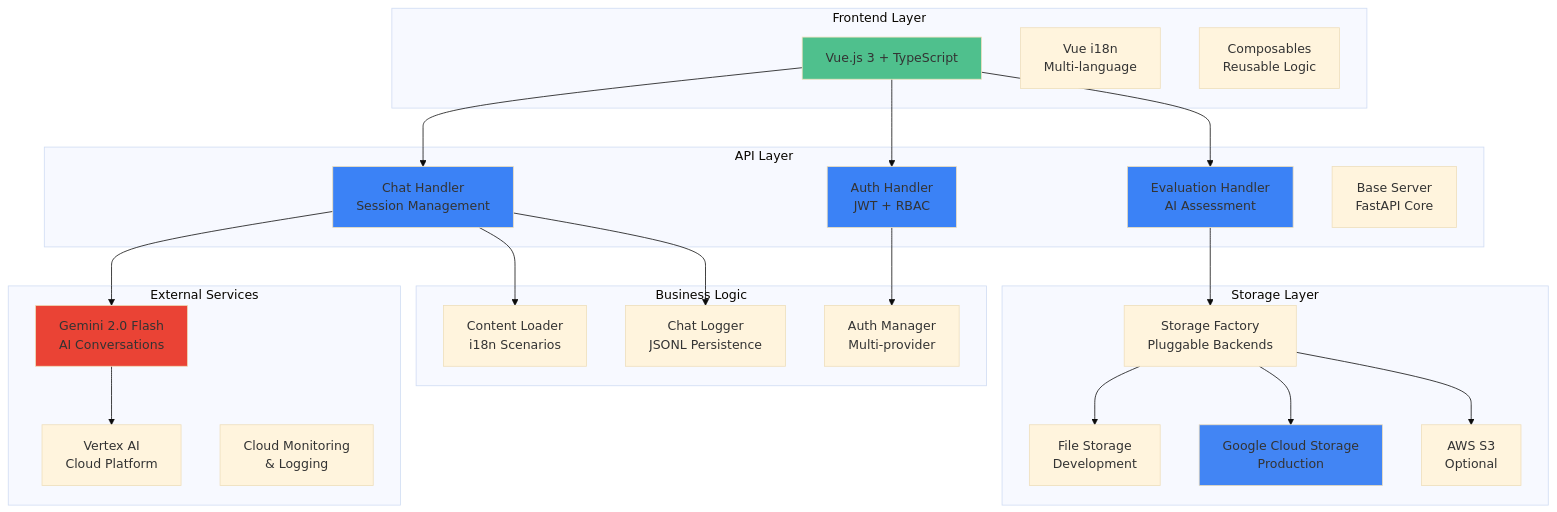
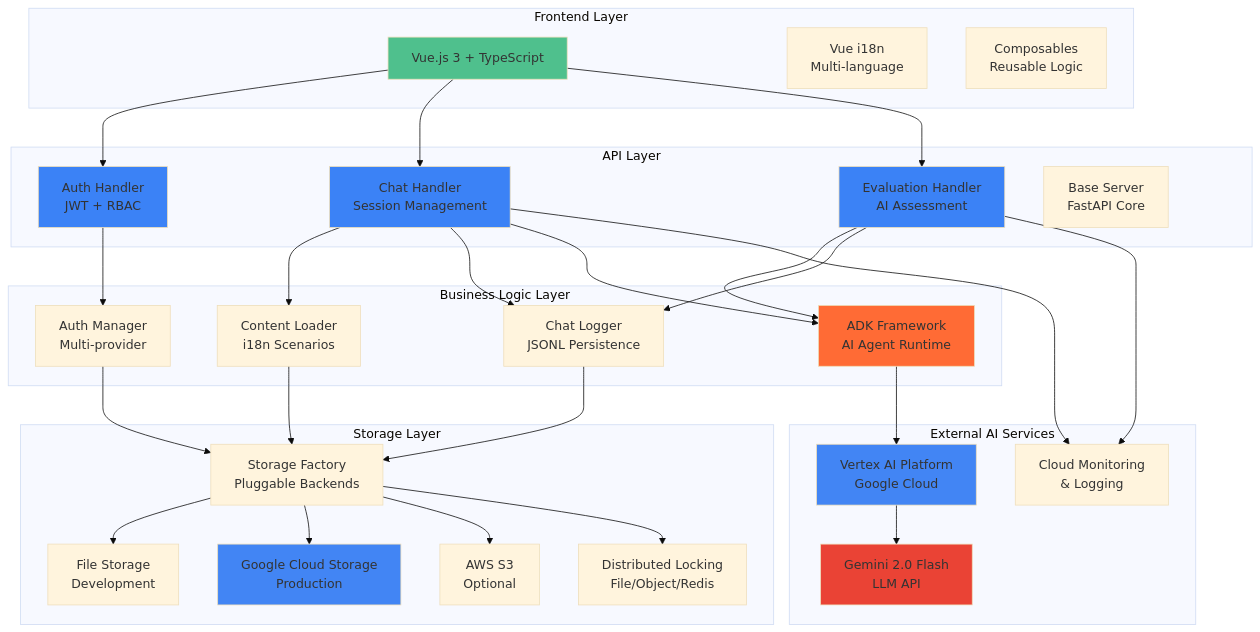
Before and after one commit to xCatG/RolePlaySystem: the diagram in README.md, drawn with Mermaid (base theme). The commit also changed other lines of this file, not shown here.

Commit message:
update diagram

````diff
--- a/README.md
+++ b/README.md
@@ -17,57 +17,77 @@
 ```mermaid
 graph TB
     subgraph "Frontend Layer"
         UI[Vue.js 3 + TypeScript]
         I18N[Vue i18n<br/>Multi-language]
         COMP[Composables<br/>Reusable Logic]
     end
     
     subgraph "API Layer"
         AUTH[Auth Handler<br/>JWT + RBAC]
         CHAT[Chat Handler<br/>Session Management]
         EVAL[Evaluation Handler<br/>AI Assessment]
         BASE[Base Server<br/>FastAPI Core]
     end
     
-    subgraph "Business Logic"
+    subgraph "Business Logic Layer"
         CONTENT[Content Loader<br/>i18n Scenarios]
         LOGGER[Chat Logger<br/>JSONL Persistence]
         AUTHMGR[Auth Manager<br/>Multi-provider]
+        ADK[ADK Framework<br/>AI Agent Runtime]
     end
     
     subgraph "Storage Layer"
         FACTORY[Storage Factory<br/>Pluggable Backends]
         FILE[File Storage<br/>Development]
         GCS[Google Cloud Storage<br/>Production]
         S3[AWS S3<br/>Optional]
+        LOCK[Distributed Locking<br/>File/Object/Redis]
     end
     
-    subgraph "External Services"
-        GEMINI[Gemini 2.0 Flash<br/>AI Conversations]
-        VERTEX[Vertex AI<br/>Cloud Platform]
+    subgraph "External AI Services"
+        VERTEX[Vertex AI Platform<br/>Google Cloud]
+        GEMINI[Gemini 2.0 Flash<br/>LLM API]
         MONITOR[Cloud Monitoring<br/>& Logging]
     end
     
+    %% Frontend to API connections
     UI --> AUTH
     UI --> CHAT
     UI --> EVAL
     
+    %% API to Business Logic connections
     AUTH --> AUTHMGR
     CHAT --> CONTENT
     CHAT --> LOGGER
-    EVAL --> FACTORY
+    CHAT --> ADK
+    EVAL --> ADK
+    EVAL --> LOGGER
     
+    %% Business Logic to Storage connections
+    CONTENT --> FACTORY
+    LOGGER --> FACTORY
+    AUTHMGR --> FACTORY
+    
+    %% Storage implementation connections
     FACTORY --> FILE
     FACTORY --> GCS
     FACTORY --> S3
+    FACTORY --> LOCK
     
-    CHAT --> GEMINI
-    GEMINI --> VERTEX
+    %% ADK to External AI connections
+    ADK --> VERTEX
+    VERTEX --> GEMINI
+    
+    %% Monitoring connections
+    CHAT --> MONITOR
+    EVAL --> MONITOR
     
     style UI fill:#4FC08D
     style AUTH fill:#3B82F6
     style CHAT fill:#3B82F6
     style EVAL fill:#3B82F6
+    style ADK fill:#FF6B35
+    style VERTEX fill:#4285F4
     style GEMINI fill:#EA4335
     style GCS fill:#4285F4
 ```
````
